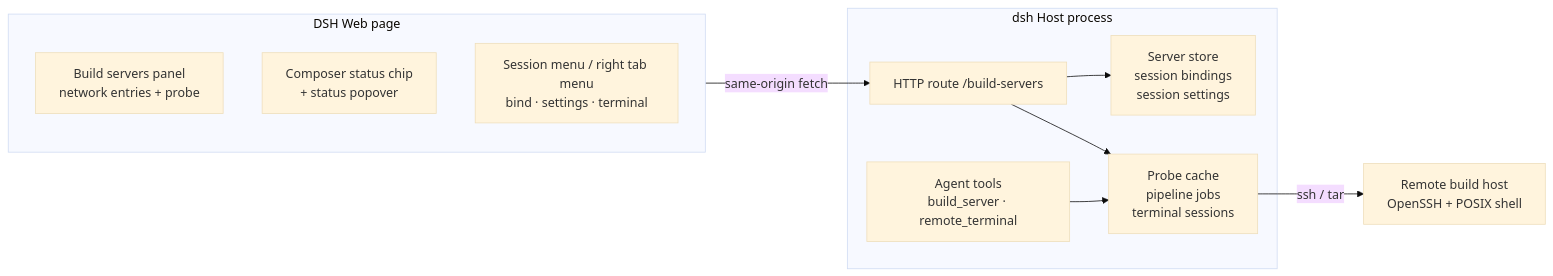
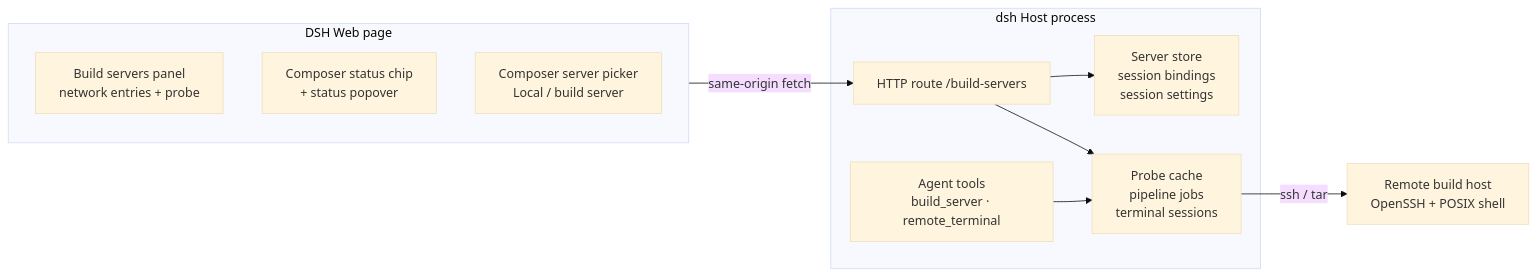
The diagram in README.md (ji-tz/dsh-build-servers), drawn with Mermaid (base theme) before and after one commit. The commit also changed other lines of this file and 9 other files, not shown here.

Commit message:
Release 1.0.0: session picker, compile settings, xterm remote terminal

````diff
--- a/README.md
+++ b/README.md
@@ -23,20 +23,20 @@
 ```mermaid
 flowchart LR
   subgraph Page["DSH Web page"]
     Panel["Build servers panel<br/>network entries + probe"]
     Chip["Composer status chip<br/>+ status popover"]
-    Menus["Session menu / right tab menu<br/>bind · settings · terminal"]
+    Picker["Composer server picker<br/>Local / build server"]
   end
   subgraph Host["dsh Host process"]
     Route["HTTP route /build-servers"]
     State["Server store<br/>session bindings<br/>session settings"]
     Jobs["Probe cache<br/>pipeline jobs<br/>terminal sessions"]
     Tools["Agent tools<br/>build_server · remote_terminal"]
   end
   Build["Remote build host<br/>OpenSSH + POSIX shell"]
   Page -->|same-origin fetch| Route
   Route --> State
   Route --> Jobs
   Tools --> Jobs
   Jobs -->|ssh / tar| Build
 ```
````
